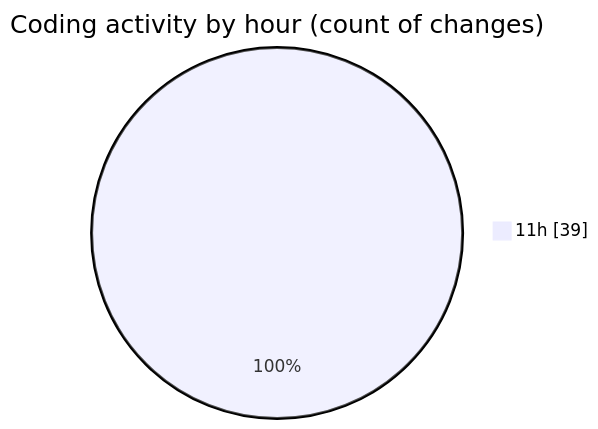
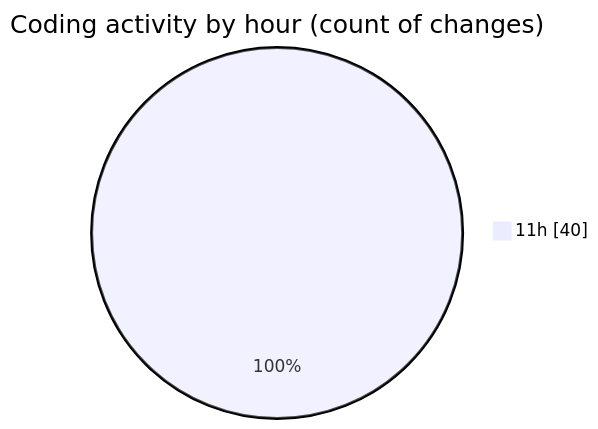
The second of 2 diagrams in 2025-05-30/archery_sum/README.md (CELIANVF/code-tracking), drawn with Mermaid before and after one commit. The commit also changed other lines of this file and 1 other file, not shown here.

````diff
--- a/2025-05-30/archery_sum/README.md
+++ b/2025-05-30/archery_sum/README.md
@@ -50,5 +50,5 @@
 ```mermaid
 pie showData
 title Coding activity by hour (count of changes)
-"11h" : 39
+"11h" : 40
 ```
````
